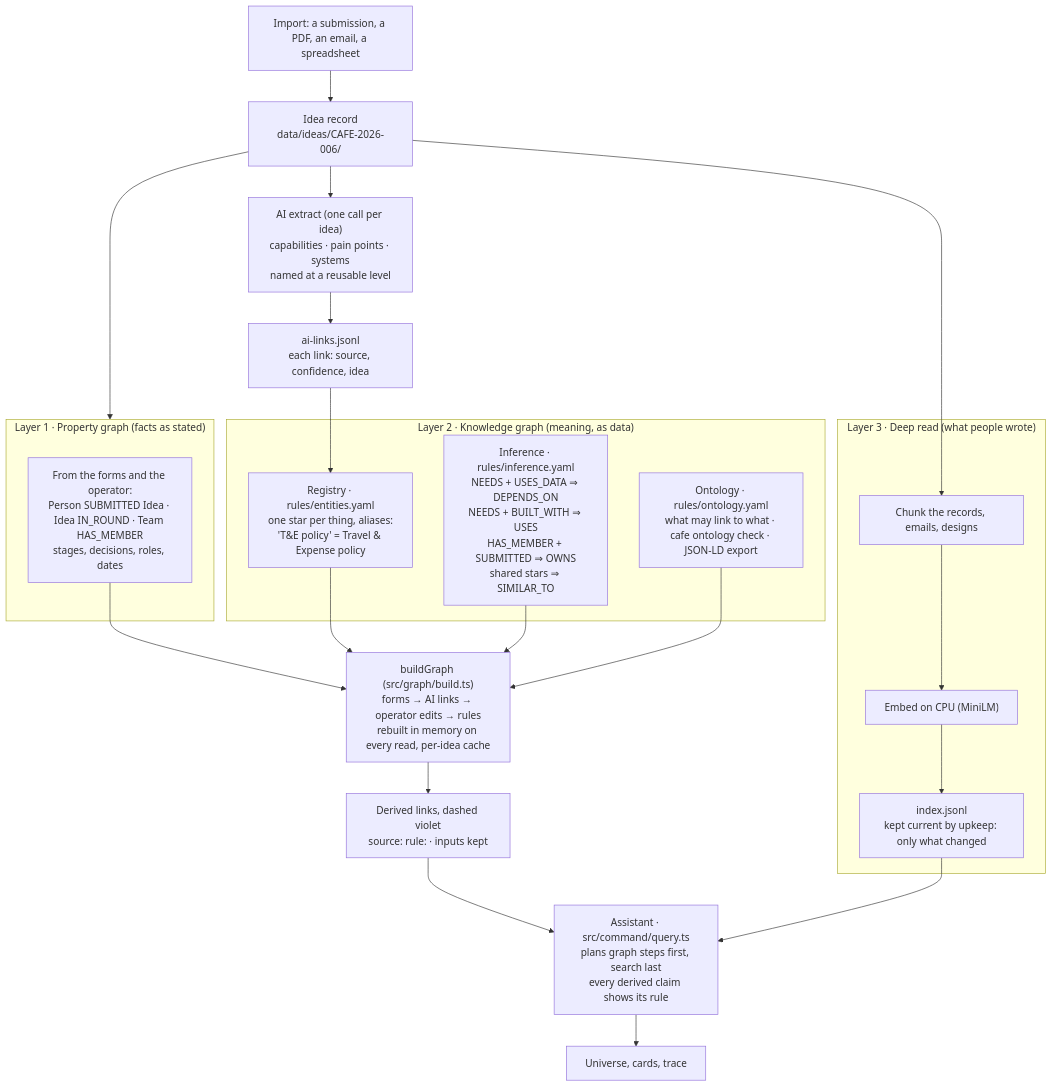
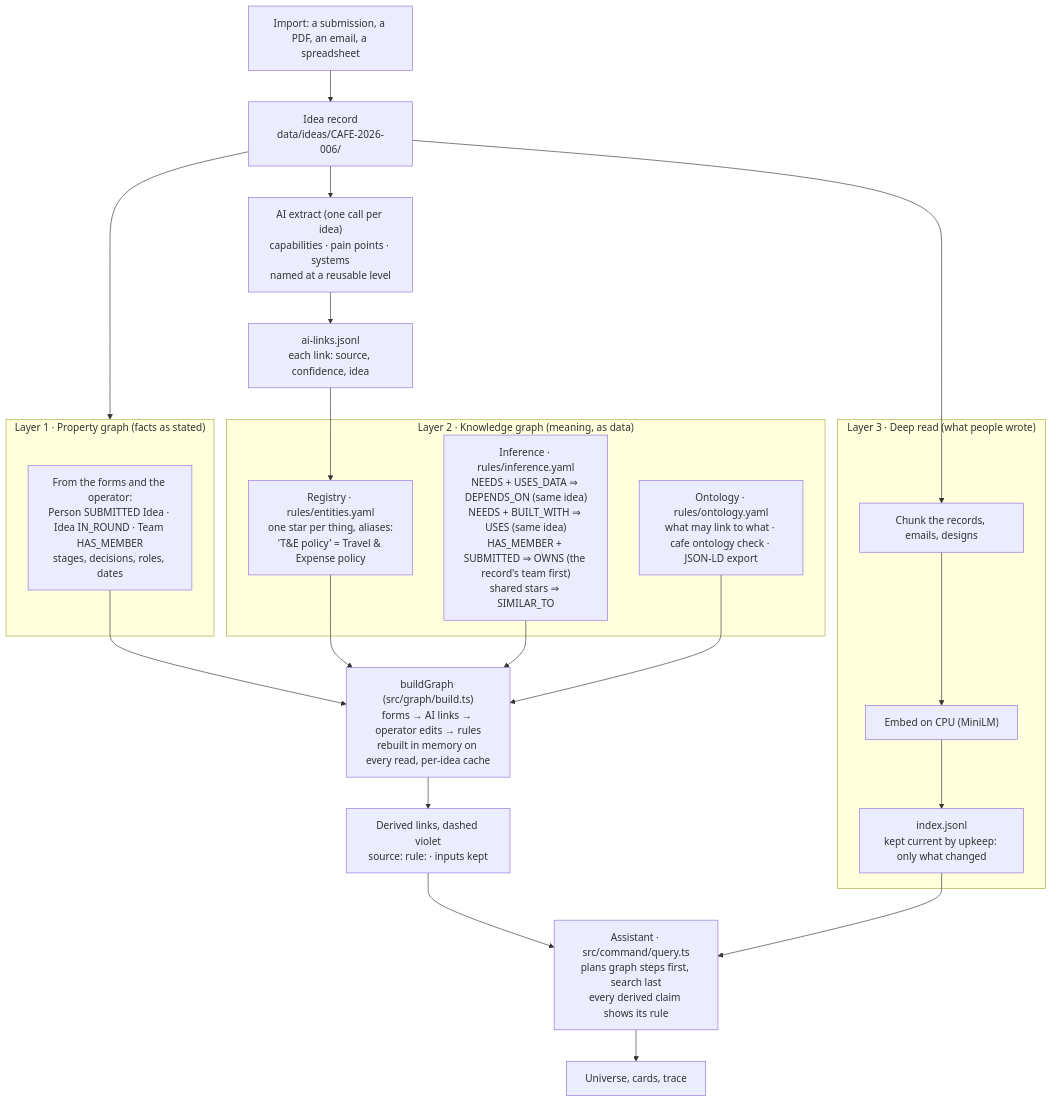
The third of 4 diagrams in cafe-app/docs/x-ray.md (intelliorion/ms-cs-ttia-office-hours), drawn with Mermaid before and after one commit. The commit also changed other lines of this file and 5 other files, not shown here.

First line of the commit message:
Answers say when they rest on an unconfirmed link; docs and changelog for the per-idea graph

````diff
--- a/cafe-app/docs/x-ray.md
+++ b/cafe-app/docs/x-ray.md
@@ -139,32 +139,32 @@
 ```mermaid
 flowchart TB
   I["Import: a submission, a PDF, an email, a spreadsheet"] --> REC["Idea record<br/>data/ideas/CAFE-2026-006/"]
   REC --> L1
 
   subgraph L1["Layer 1 · Property graph (facts as stated)"]
     F["From the forms and the operator:<br/>Person SUBMITTED Idea · Idea IN_ROUND · Team HAS_MEMBER<br/>stages, decisions, roles, dates"]
   end
 
   REC --> X["AI extract (one call per idea)<br/>capabilities · pain points · systems<br/>named at a reusable level"]
   X --> AIL["ai-links.jsonl<br/>each link: source, confidence, idea"]
 
   subgraph L2["Layer 2 · Knowledge graph (meaning, as data)"]
     REG["Registry · rules/entities.yaml<br/>one star per thing, aliases:<br/>'T&E policy' = Travel & Expense policy"]
-    RUL["Inference · rules/inference.yaml<br/>NEEDS + USES_DATA ⇒ DEPENDS_ON<br/>NEEDS + BUILT_WITH ⇒ USES<br/>HAS_MEMBER + SUBMITTED ⇒ OWNS<br/>shared stars ⇒ SIMILAR_TO"]
+    RUL["Inference · rules/inference.yaml<br/>NEEDS + USES_DATA ⇒ DEPENDS_ON (same idea)<br/>NEEDS + BUILT_WITH ⇒ USES (same idea)<br/>HAS_MEMBER + SUBMITTED ⇒ OWNS (the record's team first)<br/>shared stars ⇒ SIMILAR_TO"]
     ONT["Ontology · rules/ontology.yaml<br/>what may link to what · cafe ontology check · JSON-LD export"]
   end
   F --> B["buildGraph (src/graph/build.ts)<br/>forms → AI links → operator edits → rules<br/>rebuilt in memory on every read, per-idea cache"]
   AIL --> REG --> B
   RUL --> B
   ONT --> B
   B --> DER["Derived links, dashed violet<br/>source: rule:<name> · inputs kept"]
 
   subgraph L3["Layer 3 · Deep read (what people wrote)"]
     CH["Chunk the records, emails, designs"] --> EM["Embed on CPU (MiniLM)"] --> IX["index.jsonl<br/>kept current by upkeep: only what changed"]
   end
   REC --> CH
 
   DER --> ASK["Assistant · src/command/query.ts<br/>plans graph steps first, search last<br/>every derived claim shows its rule"]
   IX --> ASK
   ASK --> UI["Universe, cards, trace"]
 ```
````
